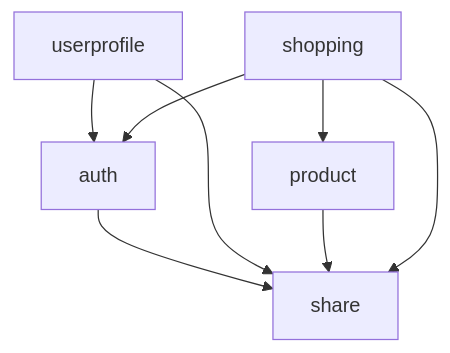
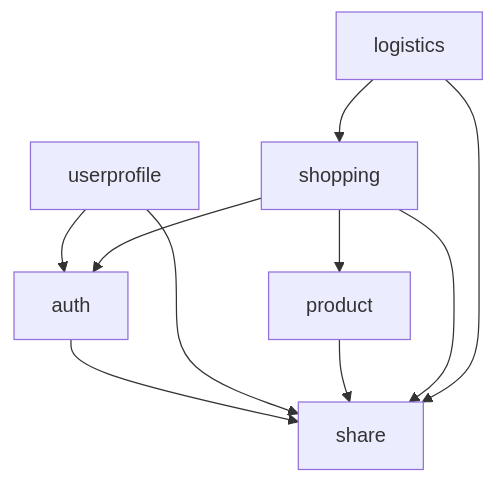
One commit to char5742/ecsite-sample-spring changed the second of 2 diagrams in .roo/rules/04_ARCHITECTURE.md. Above: the diagram before and after it, drawn with Mermaid. The commit also changed other lines of this file and 15 other files, not shown here.

````diff
--- a/.roo/rules/04_ARCHITECTURE.md
+++ b/.roo/rules/04_ARCHITECTURE.md
@@ -34,10 +34,12 @@
 ```mermaid
 flowchart TD
     auth --> share;
     userprofile --> share;
     userprofile --> auth;
     product --> share;
     shopping --> share;
     shopping --> auth;
     shopping --> product;
+    logistics --> share;
+    logistics --> shopping;
 ```
````
